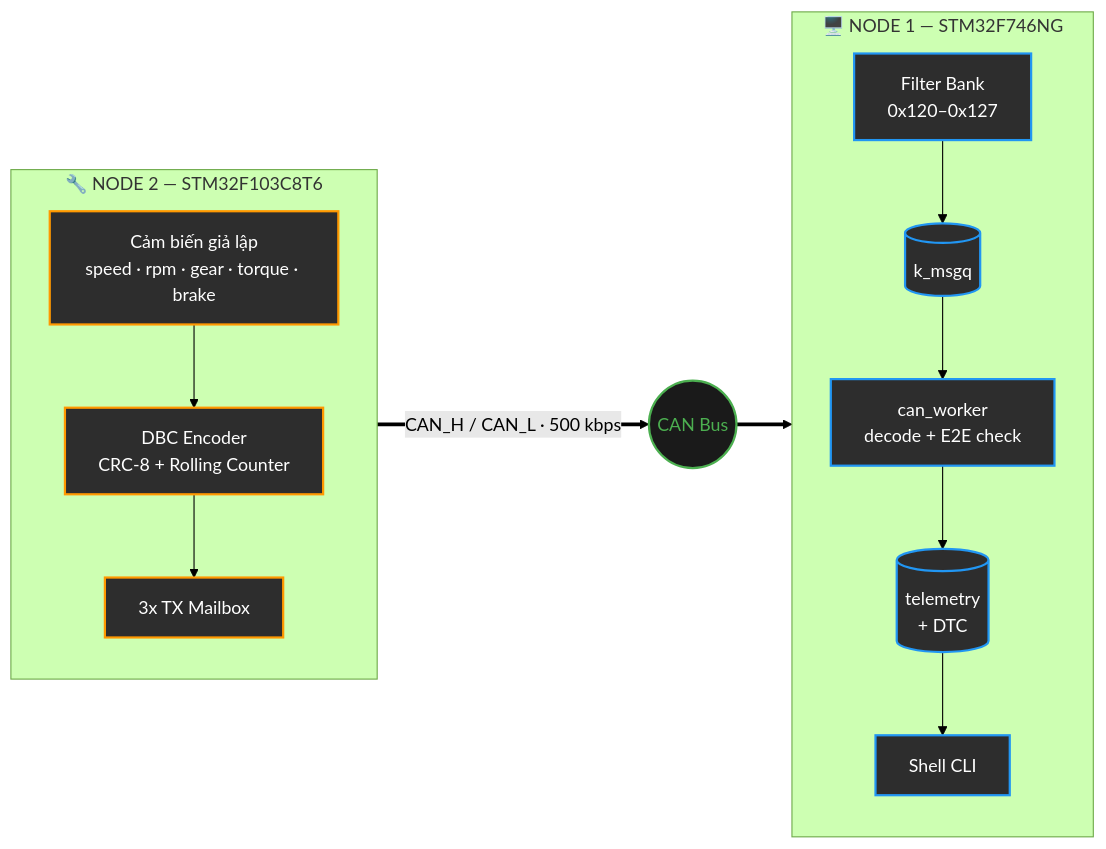
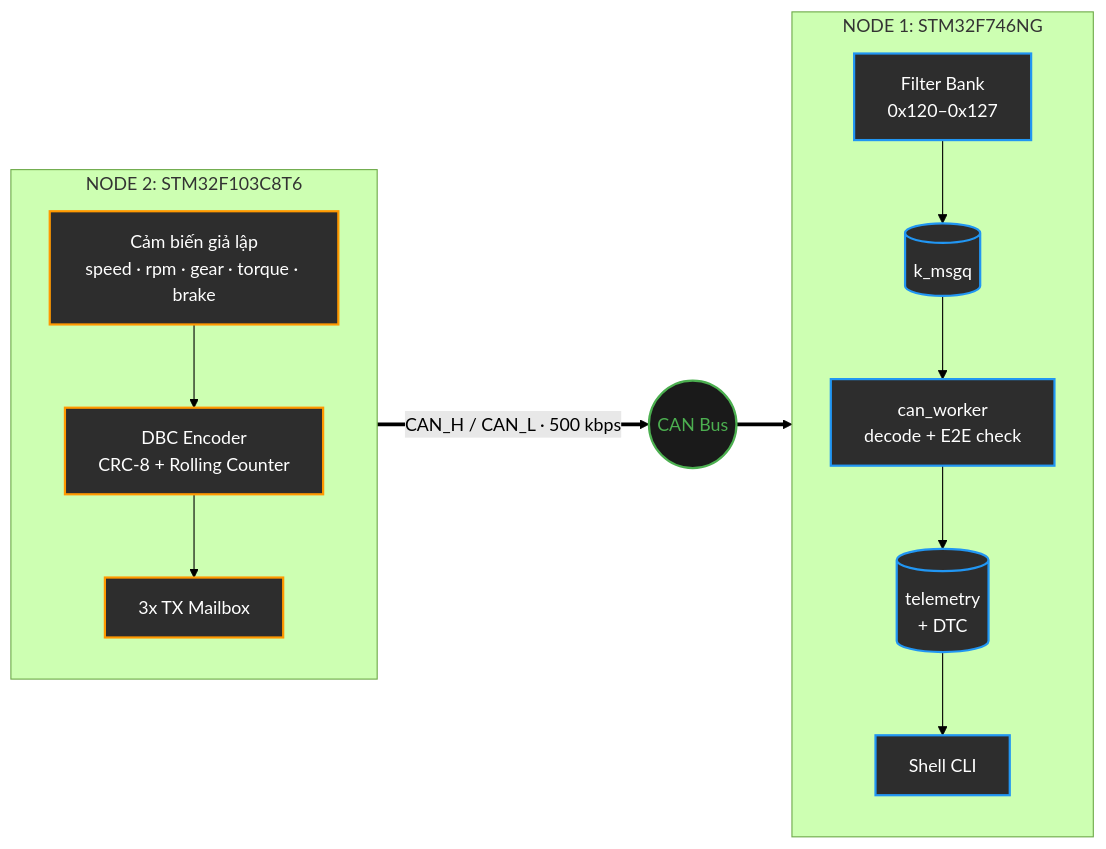
The first of 2 diagrams in README.md (HuynhTran112/stm32f7-zephyr-can-gateway), drawn with Mermaid (forest theme) before and after one commit. The commit also changed other lines of this file, not shown here.

````diff
--- a/README.md
+++ b/README.md
@@ -34,28 +37,28 @@
 ```mermaid
 flowchart LR
-    subgraph B2["🔧 NODE 2 — STM32F103C8T6"]
+    subgraph B2["NODE 2: STM32F103C8T6"]
         direction TB
         S2["Cảm biến giả lập<br/>speed · rpm · gear · torque · brake"]
         E2["DBC Encoder<br/>CRC-8 + Rolling Counter"]
         M2["3x TX Mailbox"]
         S2 --> E2 --> M2
     end
 
     M2 ==>|"CAN_H / CAN_L · 500 kbps"| BUS(("CAN Bus"))
     BUS ==> F1
 
-    subgraph B1["🖥️ NODE 1 — STM32F746NG"]
+    subgraph B1["NODE 1: STM32F746NG"]
         direction TB
         F1["Filter Bank<br/>0x120–0x127"] --> Q1[("k_msgq")]
         Q1 --> W1["can_worker<br/>decode + E2E check"]
         W1 --> D1[("telemetry<br/>+ DTC")]
         D1 --> CLI1["Shell CLI"]
     end
 
     classDef node2 fill:#2d2d2d,stroke:#ff9800,color:#fff,stroke-width:2px
     classDef node1 fill:#2d2d2d,stroke:#2196f3,color:#fff,stroke-width:2px
     classDef bus fill:#1a1a1a,stroke:#4caf50,color:#4caf50,stroke-width:2px
     class S2,E2,M2 node2
     class F1,Q1,W1,D1,CLI1 node1
     class BUS bus
 ```
````
